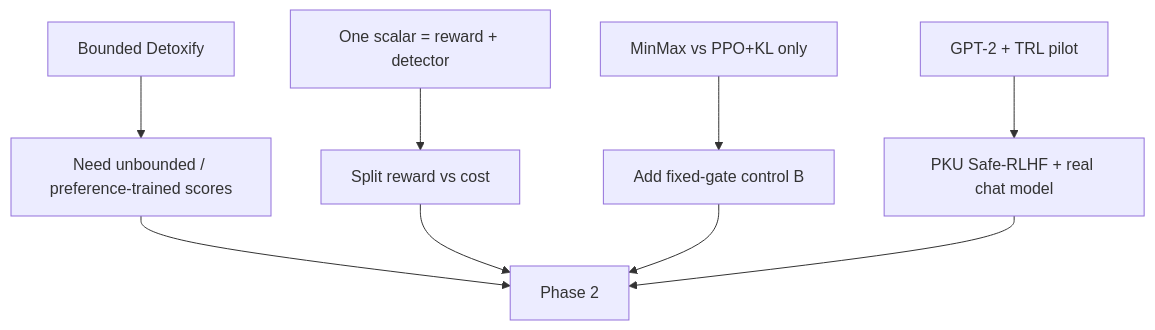
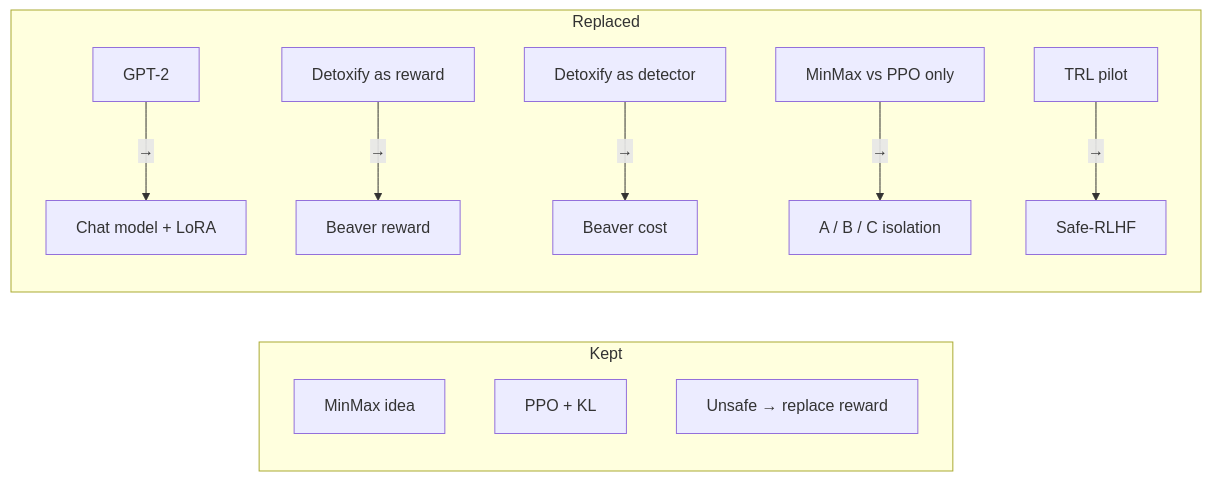
Before and after one commit to wendymaboa/Safe-RL-MinMax: the second of 5 diagrams in docs/worklog/architecture.md, drawn with Mermaid. The commit also changed other lines of this file, not shown here.

Commit message:
Revise architecture documentation

````diff
--- a/docs/worklog/architecture.md
+++ b/docs/worklog/architecture.md
@@ -97,11 +32,15 @@
 ```mermaid
-flowchart TB
-  F1[Bounded Detoxify] --> N1[Need unbounded / preference-trained scores]
-  F2[One scalar = reward + detector] --> N2[Split reward vs cost]
-  F3[MinMax vs PPO+KL only] --> N3[Add fixed-gate control B]
-  F4[GPT-2 + TRL pilot] --> N4[PKU Safe-RLHF + real chat model]
-  N1 --> P2[Phase 2]
-  N2 --> P2
-  N3 --> P2
-  N4 --> P2
+flowchart LR
+  subgraph Keep [Kept]
+    K1[MinMax idea]
+    K2[PPO + KL]
+    K3[Unsafe → replace reward]
+  end
+  subgraph Drop [Replaced]
+    X1[GPT-2] -->|→| Y1[Chat model + LoRA]
+    X2[Detoxify as reward] -->|→| Y2[Beaver reward]
+    X3[Detoxify as detector] -->|→| Y3[Beaver cost]
+    X4[MinMax vs PPO only] -->|→| Y4[A / B / C isolation]
+    X5[TRL pilot] -->|→| Y5[Safe-RLHF]
+  end
 ```
````
